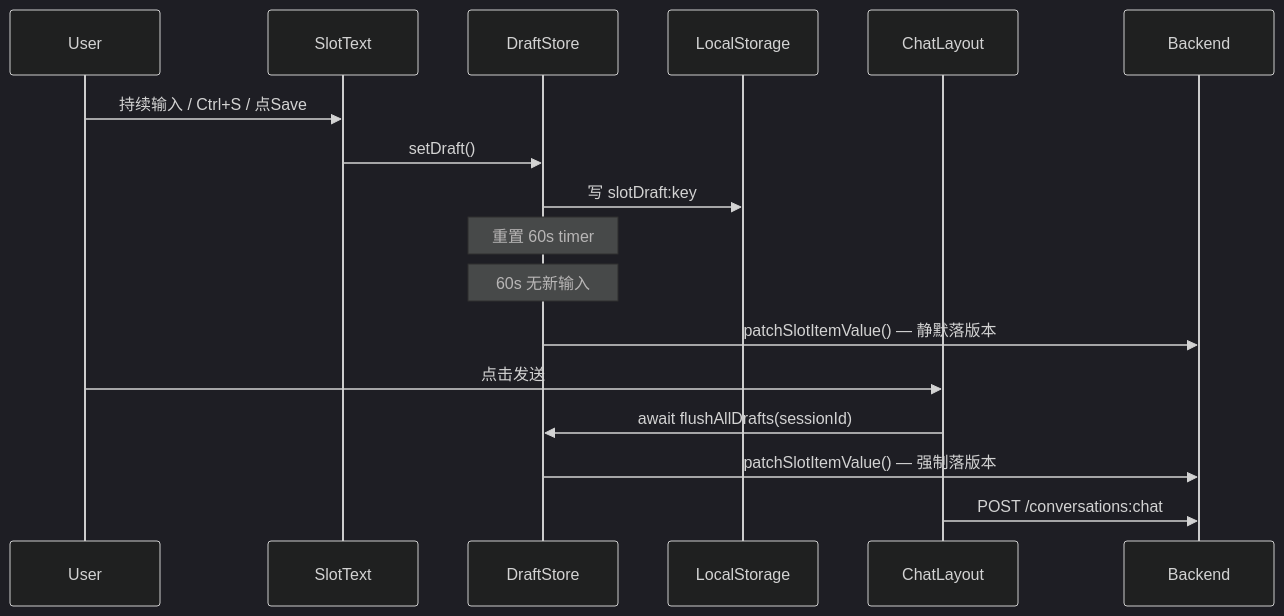
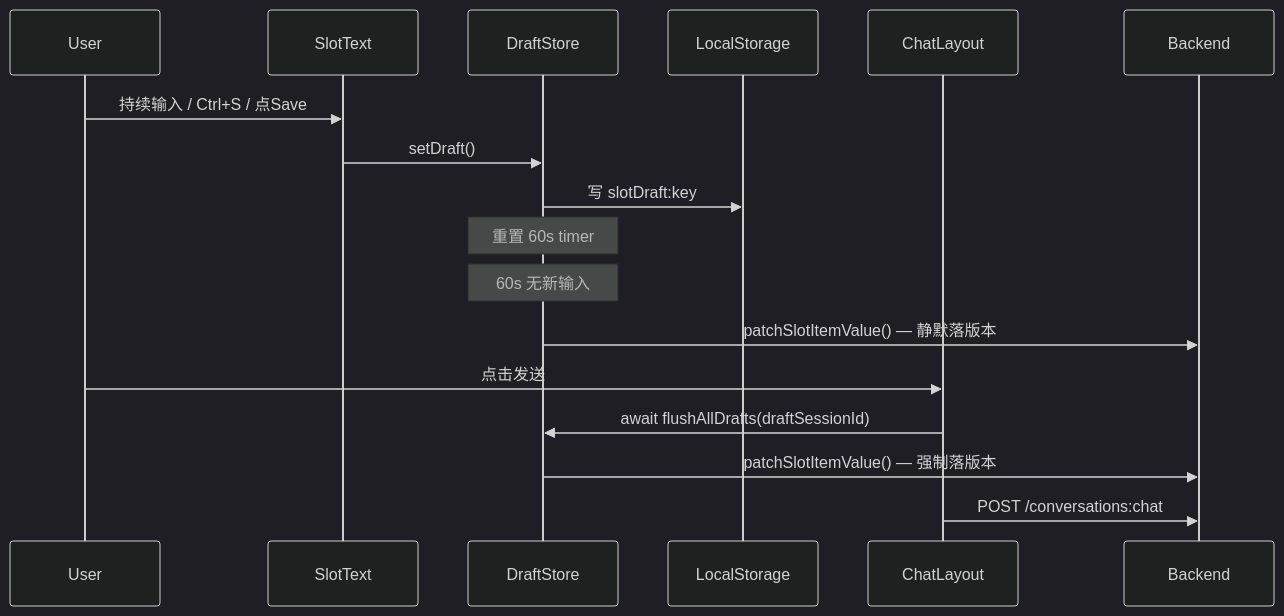
One commit to LazyAGI/LazyMind changed the first of 2 diagrams in docs/plan/plugin/03-data_history/manual.md. Above: the diagram before and after it, drawn with Mermaid (dark theme). The commit also changed other lines of this file and 18 other files, not shown here.

````diff
--- a/docs/plan/plugin/03-data_history/manual.md
+++ b/docs/plan/plugin/03-data_history/manual.md
@@ -111,22 +147,22 @@
 ```mermaid
 sequenceDiagram
     participant User
     participant SlotText
     participant DraftStore
     participant LocalStorage
     participant ChatLayout
     participant Backend
 
     User->>SlotText: 持续输入 / Ctrl+S / 点Save
     SlotText->>DraftStore: setDraft()
     DraftStore->>LocalStorage: 写 slotDraft:key
     Note over DraftStore: 重置 60s timer
 
     Note over DraftStore: 60s 无新输入
     DraftStore->>Backend: patchSlotItemValue() — 静默落版本
 
     User->>ChatLayout: 点击发送
-    ChatLayout->>DraftStore: await flushAllDrafts(sessionId)
+    ChatLayout->>DraftStore: await flushAllDrafts(draftSessionId)
     DraftStore->>Backend: patchSlotItemValue() — 强制落版本
     ChatLayout->>Backend: POST /conversations:chat
 ```
````
